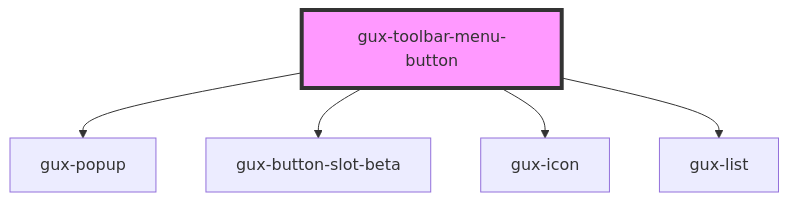
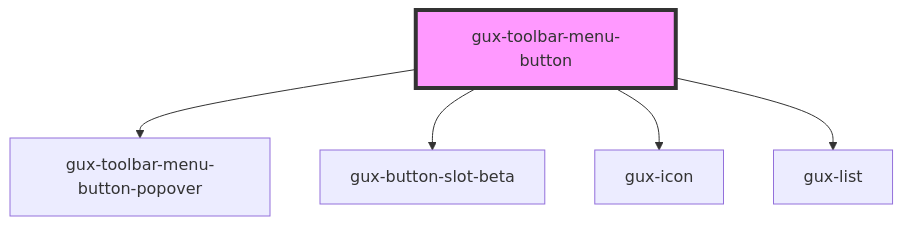
The diagram in src/components/beta/gux-toolbar/gux-toolbar-menu-button/readme.md (ouyuxuan/genesys-webcomponents), drawn with Mermaid before and after one commit. The commit also changed other lines of this file and 6 other files, not shown here.

First line of the commit message:
feat(toolbar): toolbar-menu-button-popover addition

````diff
--- a/src/components/beta/gux-toolbar/gux-toolbar-menu-button/readme.md
+++ b/src/components/beta/gux-toolbar/gux-toolbar-menu-button/readme.md
@@ -33,8 +33,8 @@
 ```mermaid
 graph TD;
-  gux-toolbar-menu-button --> gux-popup
+  gux-toolbar-menu-button --> gux-toolbar-menu-button-popover
   gux-toolbar-menu-button --> gux-button-slot-beta
   gux-toolbar-menu-button --> gux-icon
   gux-toolbar-menu-button --> gux-list
   style gux-toolbar-menu-button fill:#f9f,stroke:#333,stroke-width:4px
 ```
````
